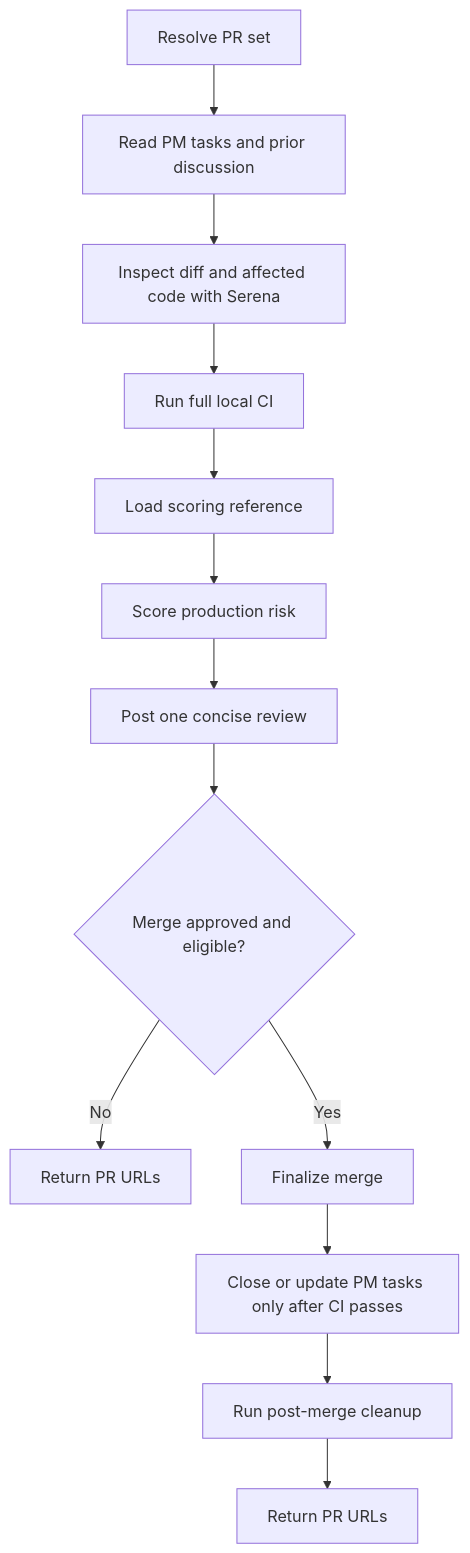
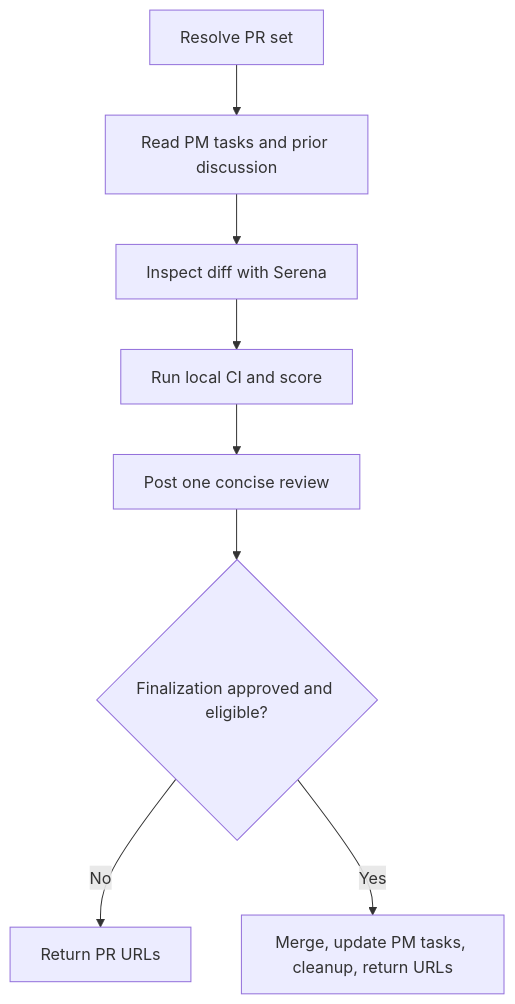
One commit to mvagnon/plan-based-agentic-workflow changed the diagram in skills/review-pr/SKILL.md. Above: the diagram before and after it, drawn with Mermaid. The commit also changed other lines of this file and 14 other files, not shown here.

````diff
--- a/skills/review-pr/SKILL.md
+++ b/skills/review-pr/SKILL.md
@@ -28,15 +28,10 @@
 ```mermaid
 flowchart TD
   A[Resolve PR set] --> B[Read PM tasks and prior discussion]
-  B --> C[Inspect diff and affected code with Serena]
-  C --> D[Run full local CI]
-  D --> E[Load scoring reference]
-  E --> F[Score production risk]
-  F --> L[Post one concise review]
-  L --> G{Merge approved and eligible?}
-  G -->|No| H[Return PR URLs]
-  G -->|Yes| I[Finalize merge]
-  I --> J[Close or update PM tasks only after CI passes]
-  J --> K[Run post-merge cleanup]
-  K --> M[Return PR URLs]
+  B --> C[Inspect diff with Serena]
+  C --> D[Run local CI and score]
+  D --> E[Post one concise review]
+  E --> F{Finalization approved and eligible?}
+  F -->|No| G[Return PR URLs]
+  F -->|Yes| H[Merge, update PM tasks, cleanup, return URLs]
 ```
````
